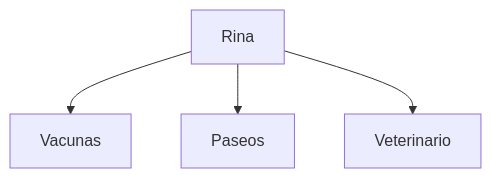
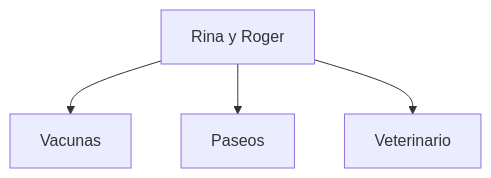
The second of 4 diagrams in app/src-tauri/resources/guide/es/guia.md (rgdevment/Tisty), drawn with Mermaid before and after one commit. The commit also changed other lines of this file and 4 other files, not shown here.

Commit message:
docs(guide): what Rina and Roger share names them both, while each keeps their own card and photo

````diff
--- a/app/src-tauri/resources/guide/es/guia.md
+++ b/app/src-tauri/resources/guide/es/guia.md
@@ -227,6 +227,6 @@
 ```mermaid
 graph TD
-  R[Rina] --> V[Vacunas]
+  R[Rina y Roger] --> V[Vacunas]
   R --> P[Paseos]
   R --> C[Veterinario]
 ```
````
